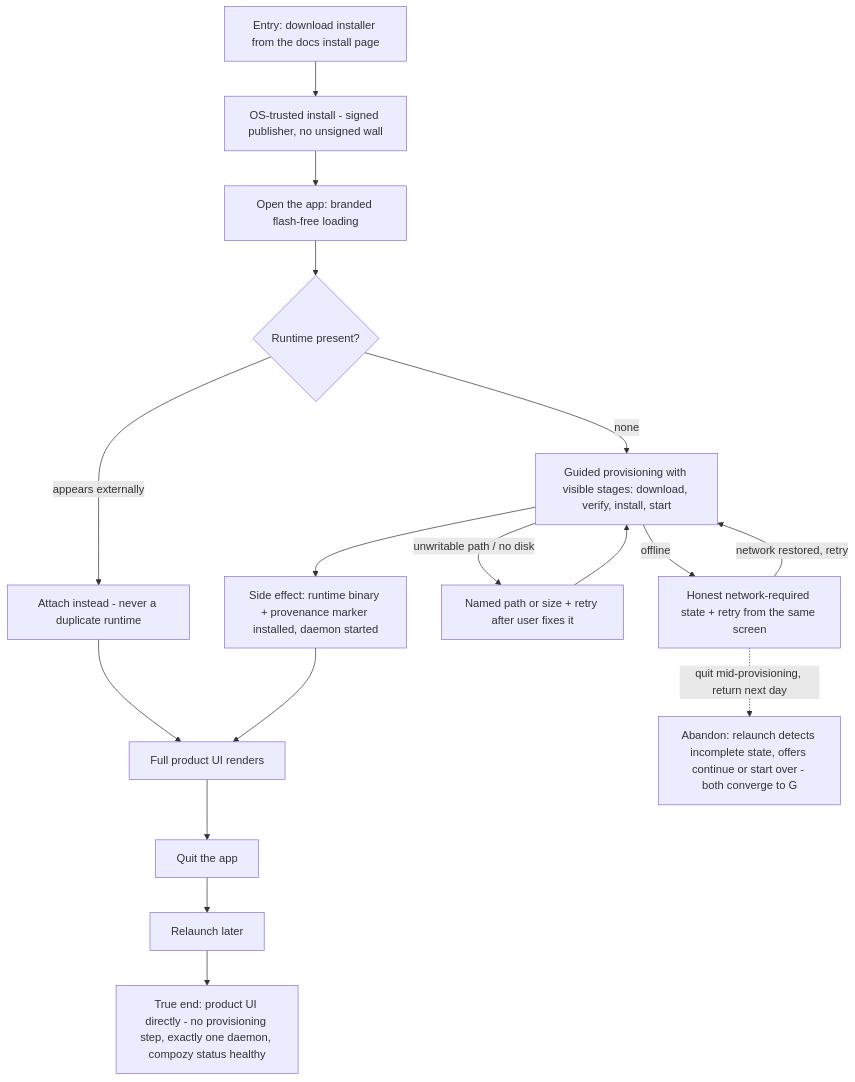
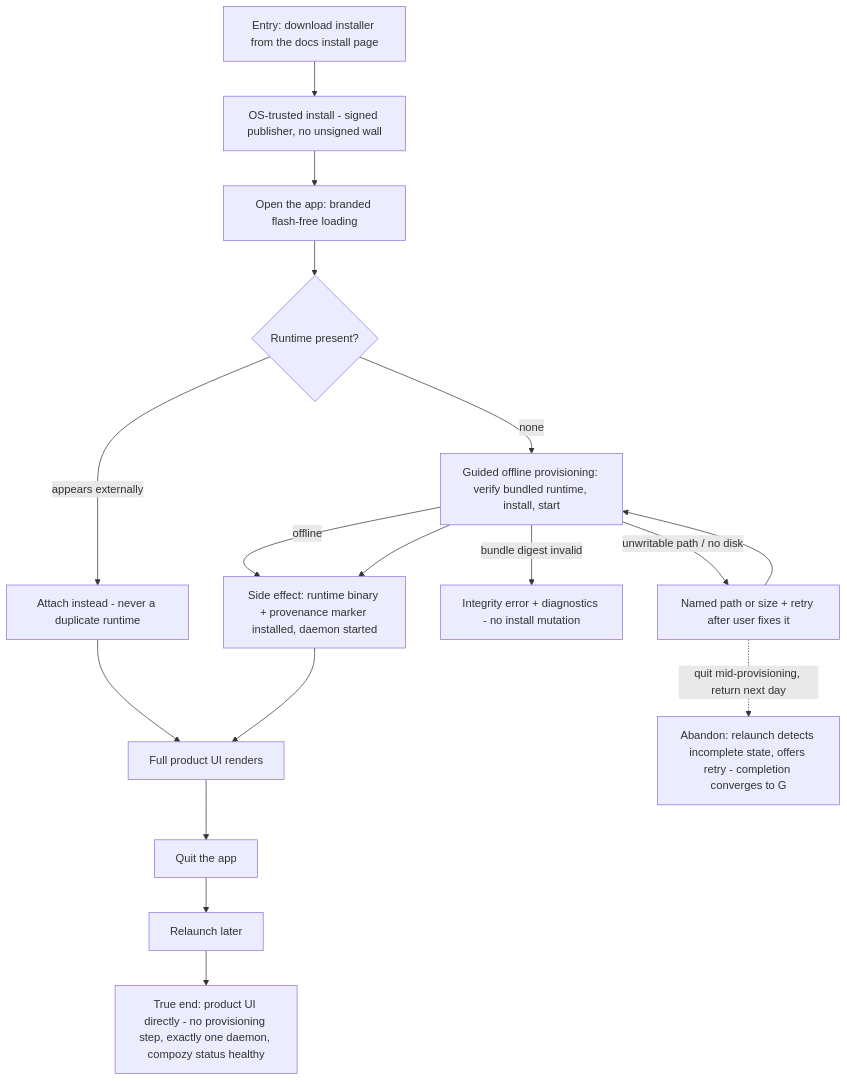
One commit to compozy/compozy changed the diagram in docs/qa/journeys/J-desktop-first-run.md. Above: the diagram before and after it, drawn with Mermaid. The commit also changed other lines of this file and 92 other files, not shown here.

First line of the commit message:
feat: QA Plan and Session Charters #06

````diff
--- a/docs/qa/journeys/J-desktop-first-run.md
+++ b/docs/qa/journeys/J-desktop-first-run.md
@@ -7,19 +8,19 @@
 ```mermaid
 flowchart TD
     A[Entry: download installer from the docs install page] --> B[OS-trusted install - signed publisher, no unsigned wall]
     B --> C[Open the app: branded flash-free loading]
     C --> D{Runtime present?}
-    D -->|none| E[Guided provisioning with visible stages: download, verify, install, start]
+    D -->|none| E[Guided offline provisioning: verify bundled runtime, install, start]
     D -->|appears externally| F[Attach instead - never a duplicate runtime]
-    E -->|offline| E1[Honest network-required state + retry from the same screen]
-    E1 -->|network restored, retry| E
+    E -->|offline| G
+    E -->|bundle digest invalid| E1[Integrity error + diagnostics - no install mutation]
     E -->|unwritable path / no disk| E2[Named path or size + retry after user fixes it]
     E2 --> E
     E --> G[Side effect: runtime binary + provenance marker installed, daemon started]
     F --> H
     G --> H[Full product UI renders]
     H --> I[Quit the app]
     I --> J[Relaunch later]
     J --> K[True end: product UI directly - no provisioning step, exactly one daemon, compozy status healthy]
-    E1 -.->|quit mid-provisioning, return next day| X1[Abandon: relaunch detects incomplete state, offers continue or start over - both converge to G]
+    E2 -.->|quit mid-provisioning, return next day| X1[Abandon: relaunch detects incomplete state, offers retry - completion converges to G]
 ```
````
